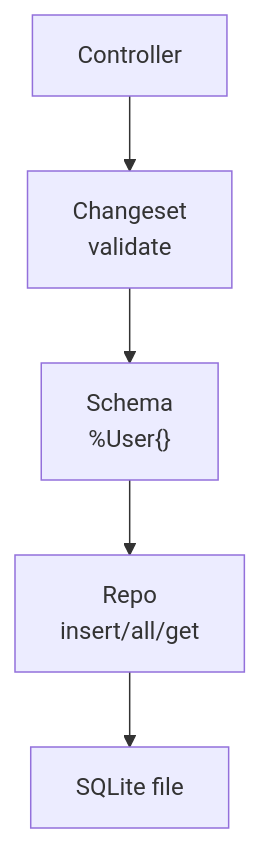
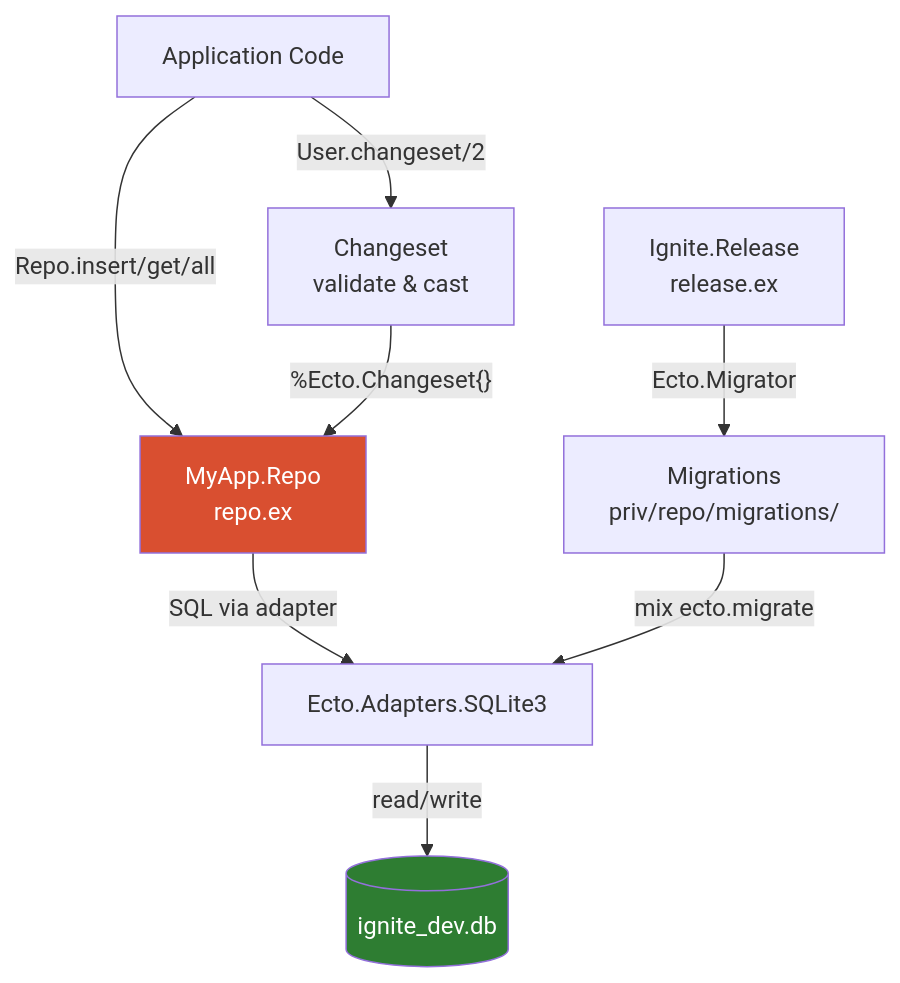
Before and after one commit to rajeshpillai/elixir-byowf: the diagram in course/modules/08-persistence.md, drawn with Mermaid. The commit also changed other lines of this file and 26 other files, not shown here.

````diff
--- a/course/modules/08-persistence.md
+++ b/course/modules/08-persistence.md
@@ -23,7 +25,12 @@
 ```mermaid
 graph TD
-    Ctrl["Controller"] --> CS["Changeset<br/>validate"]
-    CS --> Schema["Schema<br/>%User{}"]
-    Schema --> Repo["Repo<br/>insert/all/get"]
-    Repo --> DB["SQLite file"]
+    App["Application Code"] -->|"Repo.insert/get/all"| Repo["MyApp.Repo<br/>repo.ex"]
+    App -->|"User.changeset/2"| CS["Changeset<br/>validate & cast"]
+    CS -->|"%Ecto.Changeset{}"| Repo
+    Repo -->|"SQL via adapter"| Adapter["Ecto.Adapters.SQLite3"]
+    Adapter -->|"read/write"| DB[("ignite_dev.db")]
+    Mig["Migrations<br/>priv/repo/migrations/"] -->|"mix ecto.migrate"| Adapter
+    Rel["Ignite.Release<br/>release.ex"] -->|"Ecto.Migrator"| Mig
+    style Repo fill:#D94F30,color:#fff
+    style DB fill:#2E7D32,color:#fff
 ```
````
